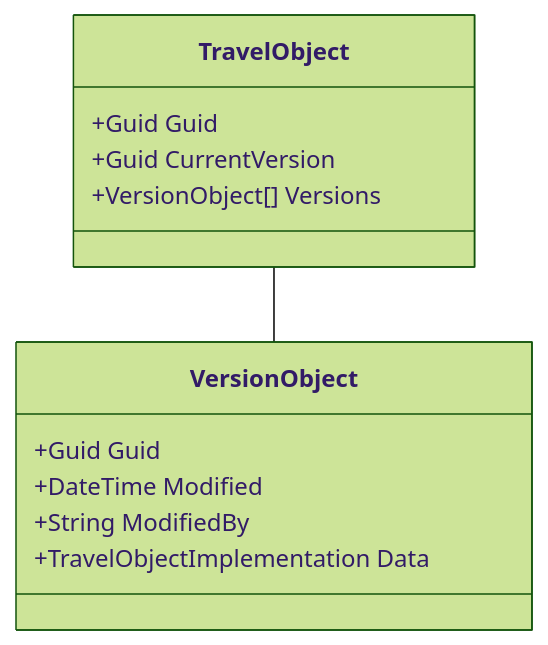
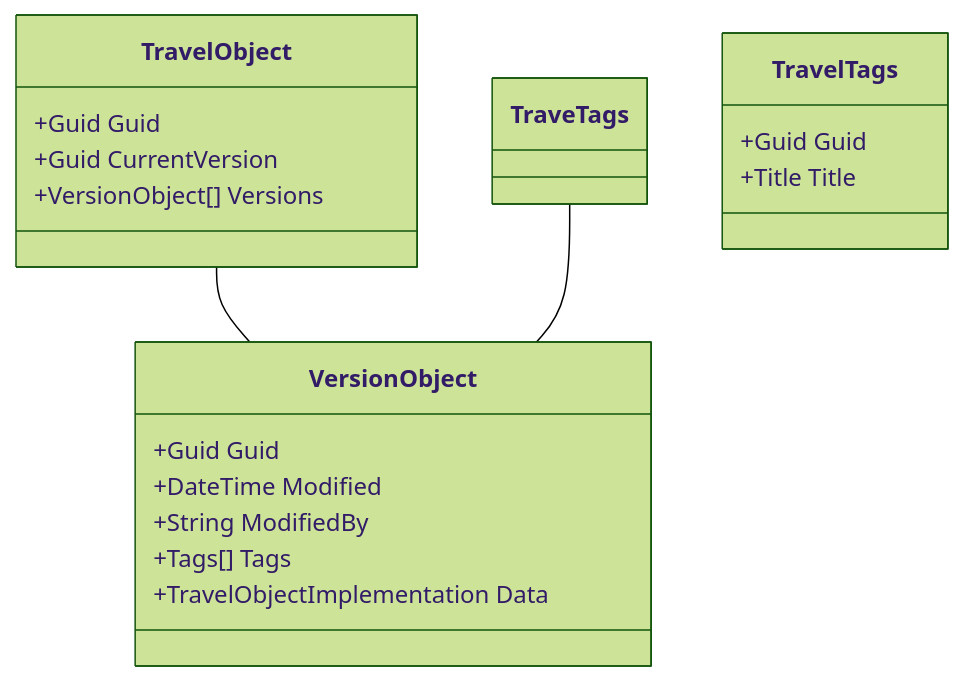
The diagram in Travel Object TO.md (OSSTRA/TXDM), drawn with Mermaid (forest theme) before and after one commit.

Commit message:
Update Travel Object TO.md

````diff
--- a/Travel Object TO.md
+++ b/Travel Object TO.md
@@ -1,15 +1,21 @@
 ```mermaid
 classDiagram
 TravelObject -- VersionObject
+TraveTags -- VersionObject
     class TravelObject{
       +Guid Guid
       +Guid CurrentVersion
       +VersionObject[] Versions
     }
     class VersionObject{
       +Guid Guid
       +DateTime Modified
       +String ModifiedBy
+      +Tags[] Tags
       +TravelObjectImplementation Data
     }
+    class TravelTags{
+        +Guid Guid
+        +Title Title
+    }
 ```
````
